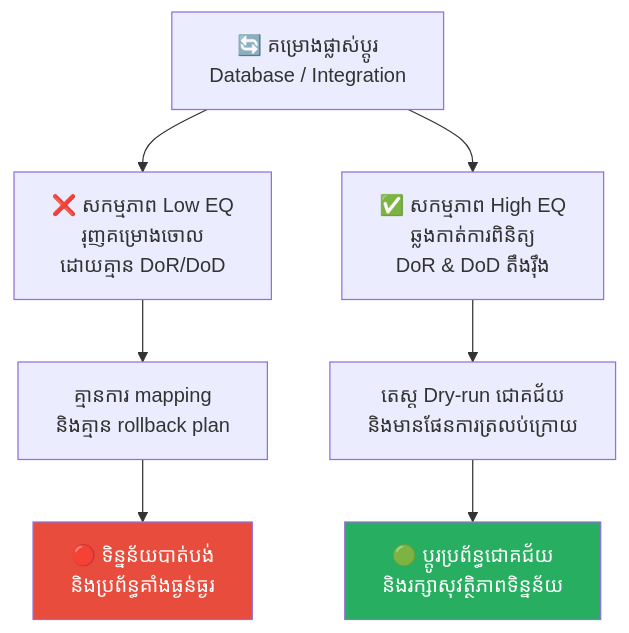
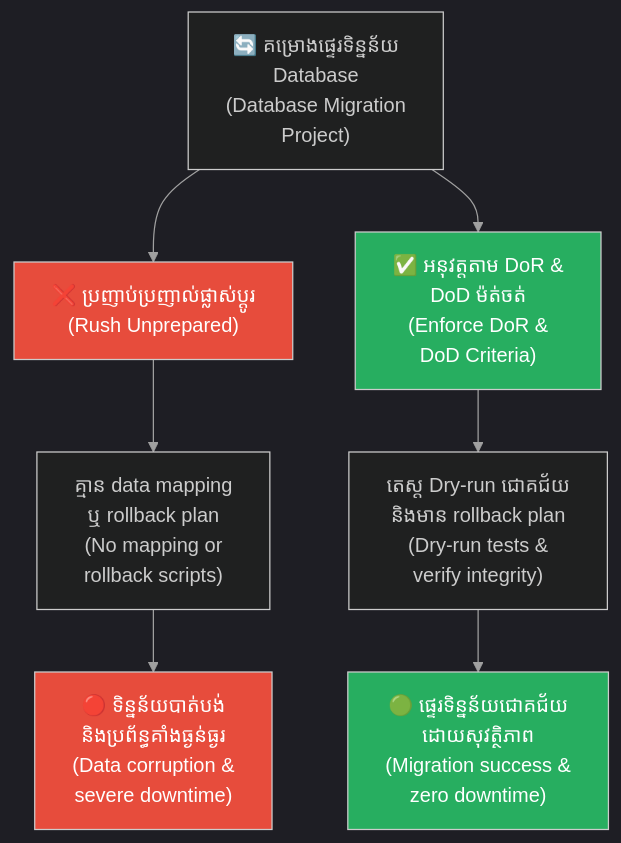
One commit to GuideStack/iblogger-feeds changed the sixth of 6 diagrams in feeds/concepts/articles/11-dor-and-dod-scrum-contracts.md. Above: the diagram before and after it, drawn with Mermaid. The commit also changed other lines of this file, not shown here.

Commit message:
docs: upgrade 11-dor-and-dod-scrum-contracts.md to bilingual layout and styled diagrams

````diff
--- a/feeds/concepts/articles/11-dor-and-dod-scrum-contracts.md
+++ b/feeds/concepts/articles/11-dor-and-dod-scrum-contracts.md
@@ -187,14 +296,25 @@
 ```mermaid
+%%{init: {
+  'theme': 'dark',
+  'themeVariables': {
+    'background': '#1e1e1e',
+    'primaryTextColor': '#ffffff',
+    'lineColor': '#a0a0a0'
+  },
+  'themeCSS': 'svg { background-color: #1e1e1e !important; padding: 1rem !important; border-radius: 8px !important; } .edgeLabel rect { fill: #1e1e1e !important; } text, tspan { fill: #ffffff !important; }'
+}}%%
 graph TD
-    A["🔄 គម្រោងផ្លាស់ប្តូរ<br/>Database / Integration"] --> B["❌ សកម្មភាព Low EQ<br/>រុញគម្រោងចោល<br/>ដោយគ្មាន DoR/DoD"]
-    A --> C["✅ សកម្មភាព High EQ<br/>ឆ្លងកាត់ការពិនិត្យ<br/>DoR & DoD តឹងរ៉ឹង"]
-    
-    B --> D["គ្មានការ mapping<br/>និងគ្មាន rollback plan"]
-    D --> E["🔴 ទិន្នន័យបាត់បង់<br/>និងប្រព័ន្ធគាំងធ្ងន់ធ្ងរ"]
-    
-    C --> F["តេស្ត Dry-run ជោគជ័យ<br/>និងមានផែនការត្រលប់ក្រោយ"]
-    F --> G["🟢 ប្តូរប្រព័ន្ធជោគជ័យ<br/>និងរក្សាសុវត្ថិភាពទិន្នន័យ"]
+    A["🔄 គម្រោងផ្ទេរទិន្នន័យ<br/>Database<br/>(Database Migration<br/>Project)"] --> B1["❌ ប្រញាប់ប្រញាល់ផ្លាស់ប្តូរ<br/>(Rush Unprepared)"]
+    A --> B2["✅ អនុវត្តតាម DoR &<br/>DoD ម៉ត់ចត់<br/>(Enforce DoR &<br/>DoD Criteria)"]
 
-    style E fill:#e74c3c,color:#fff
-    style G fill:#27ae60,color:#fff
+    B1 --> C1["គ្មាន data mapping<br/>ឬ rollback plan<br/>(No mapping or<br/>rollback scripts)"]
+    C1 --> D1["🔴 ទិន្នន័យបាត់បង់<br/>និងប្រព័ន្ធគាំងធ្ងន់ធ្ងរ<br/>(Data corruption &<br/>severe downtime)"]
+
+    B2 --> C2["តេស្ត Dry-run ជោគជ័យ<br/>និងមាន rollback plan<br/>(Dry-run tests &<br/>verify integrity)"]
+    C2 --> D2["🟢 ផ្ទេរទិន្នន័យជោគជ័យ<br/>ដោយសុវត្ថិភាព<br/>(Migration success &<br/>zero downtime)"]
+
+    style B1 fill:#e74c3c,color:#fff
+    style B2 fill:#27ae60,color:#fff
+    style D1 fill:#e74c3c,color:#fff
+    style D2 fill:#27ae60,color:#fff
 ```
````
